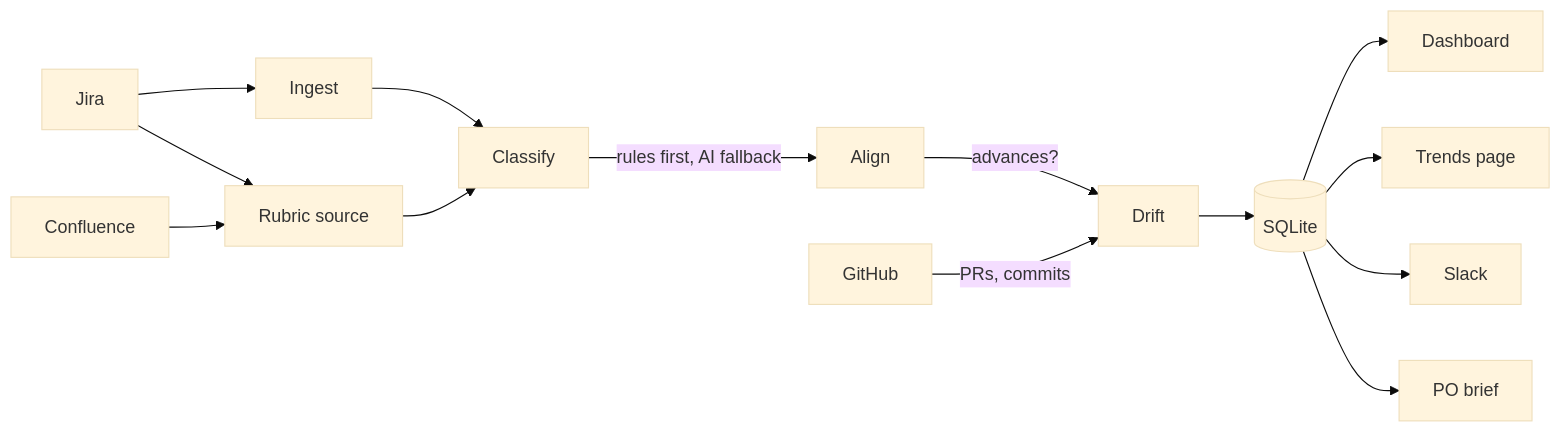
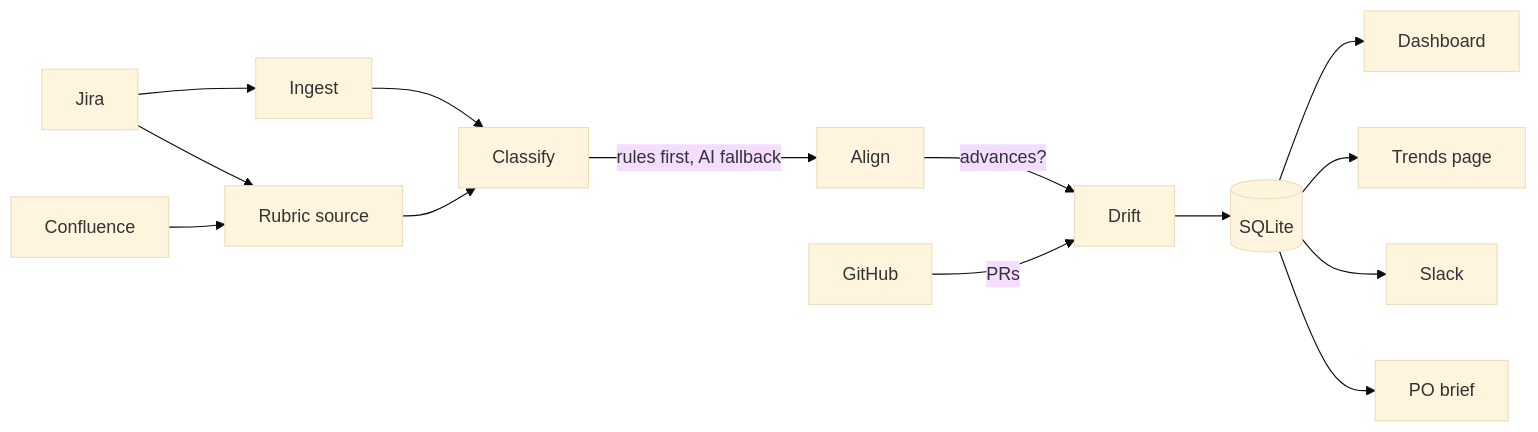
One commit to makarski/teamscope changed the diagram in README.md. Above: the diagram before and after it, drawn with Mermaid (base theme). The commit also changed other lines of this file and 12 other files, not shown here.

````diff
--- a/README.md
+++ b/README.md
@@ -19,16 +19,16 @@
 ```mermaid
 flowchart LR
     Jira --> Ingest
     Jira --> Rubric[Rubric source]
     Confluence --> Rubric
     Ingest --> Classify
     Rubric --> Classify
     Classify -->|rules first, AI fallback| Align
     Align -->|advances?| Drift
-    GitHub -->|PRs, commits| Drift
+    GitHub -->|PRs| Drift
     Drift --> Store[(SQLite)]
     Store --> Web[Dashboard]
     Store --> Trends[Trends page]
     Store --> Slack
     Store --> Narrate[PO brief]
 ```
````
